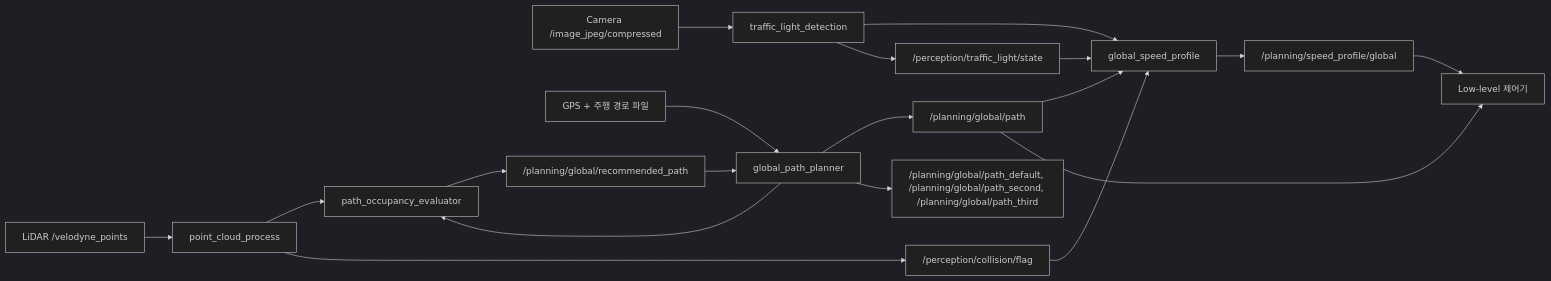
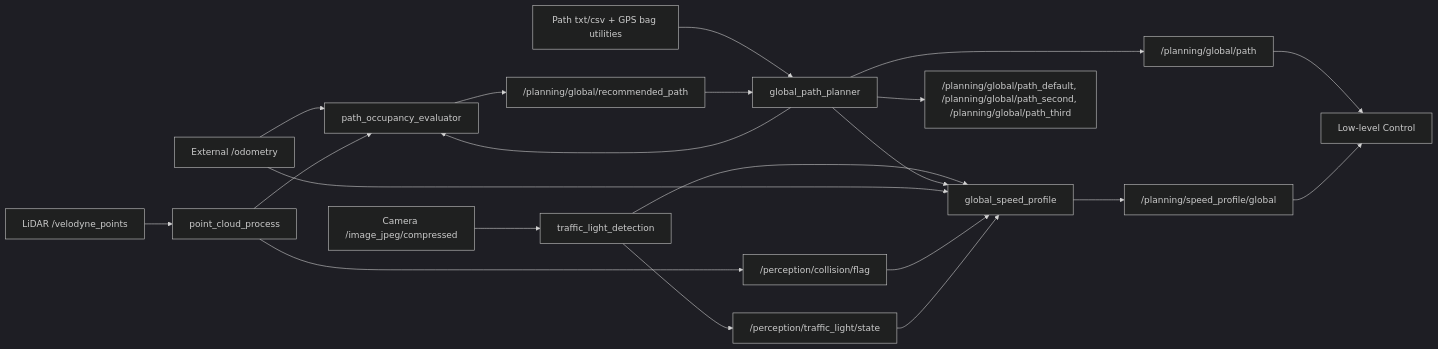
Before and after one commit to wonsukHeo1025/2025-HL-FMA-Driverless-Morai-Simulation: the diagram in README.md, drawn with Mermaid (dark theme). The commit also changed other lines of this file, not shown here.

````diff
--- a/README.md
+++ b/README.md
@@ -35,21 +32,28 @@
 ```mermaid
 flowchart LR
     A[LiDAR /velodyne_points] --> B[point_cloud_process]
     C[Camera /image_jpeg/compressed] --> D[traffic_light_detection]
-    E[GPS + 주행 경로 파일] --> F[global_path_planner]
-    B --> G[path_occupancy_evaluator]
-    D --> H[global_speed_profile]
-    F --> G
-    G --> I["/planning/global/recommended_path"]
-    I --> F
-    F --> J["/planning/global/path"]
-    F --> K["/planning/global/path_default, /planning/global/path_second, /planning/global/path_third"]
-    B --> L["/perception/collision/flag"]
-    D --> M["/perception/traffic_light/state"]
-    M --> H
+    E[External /odometry] --> F[path_occupancy_evaluator]
+    G[Path txt/csv + GPS bag utilities] --> H[global_path_planner]
+
+    B --> F
+    H --> F
+
+    D --> I[global_speed_profile]
+    H --> I
+    E --> I
+    B --> J["/perception/collision/flag"]
+    D --> K["/perception/traffic_light/state"]
+    J --> I
+    K --> I
+
+    F --> L["/planning/global/recommended_path"]
     L --> H
-    J --> H
-    H --> N["/planning/speed_profile/global"]
-    J --> O[Low-level 제어기]
-    N --> O
+
+    H --> M["/planning/global/path"]
+    H --> N["/planning/global/path_default, /planning/global/path_second, /planning/global/path_third"]
+    I --> O["/planning/speed_profile/global"]
+
+    M --> P[Low-level Control]
+    O --> P
 ```
````
